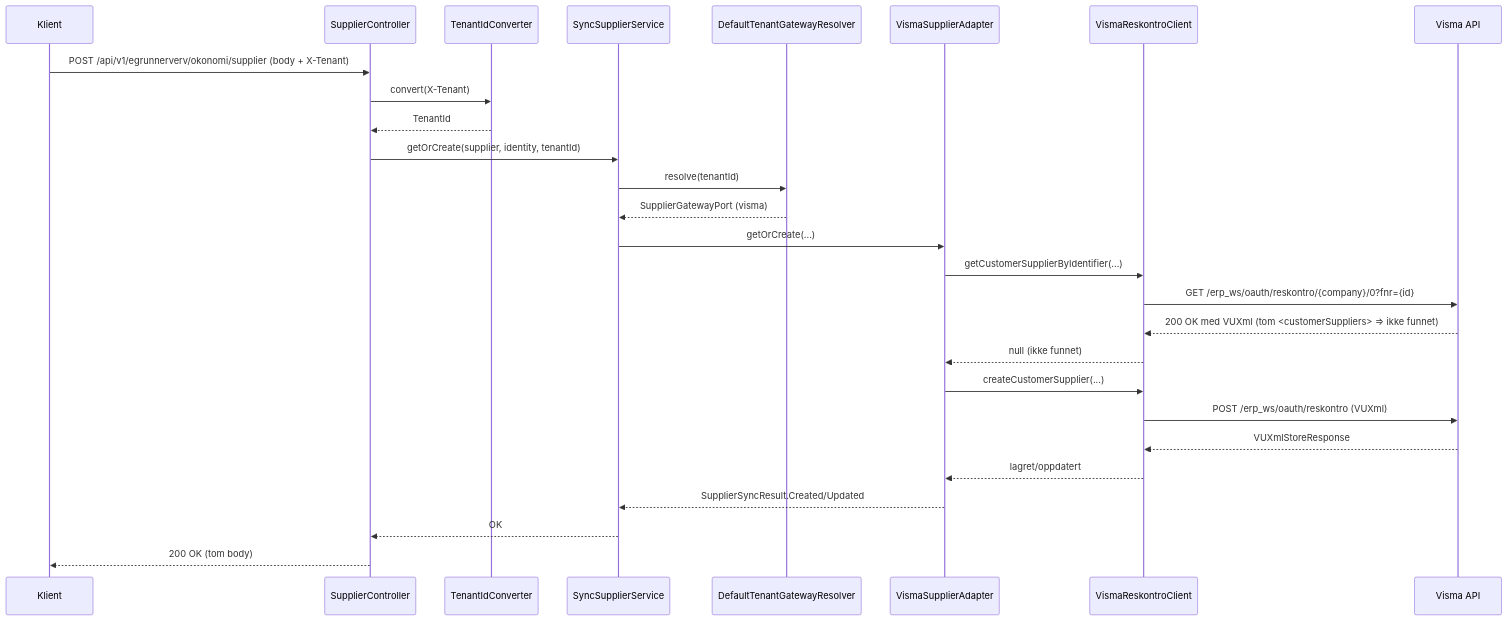
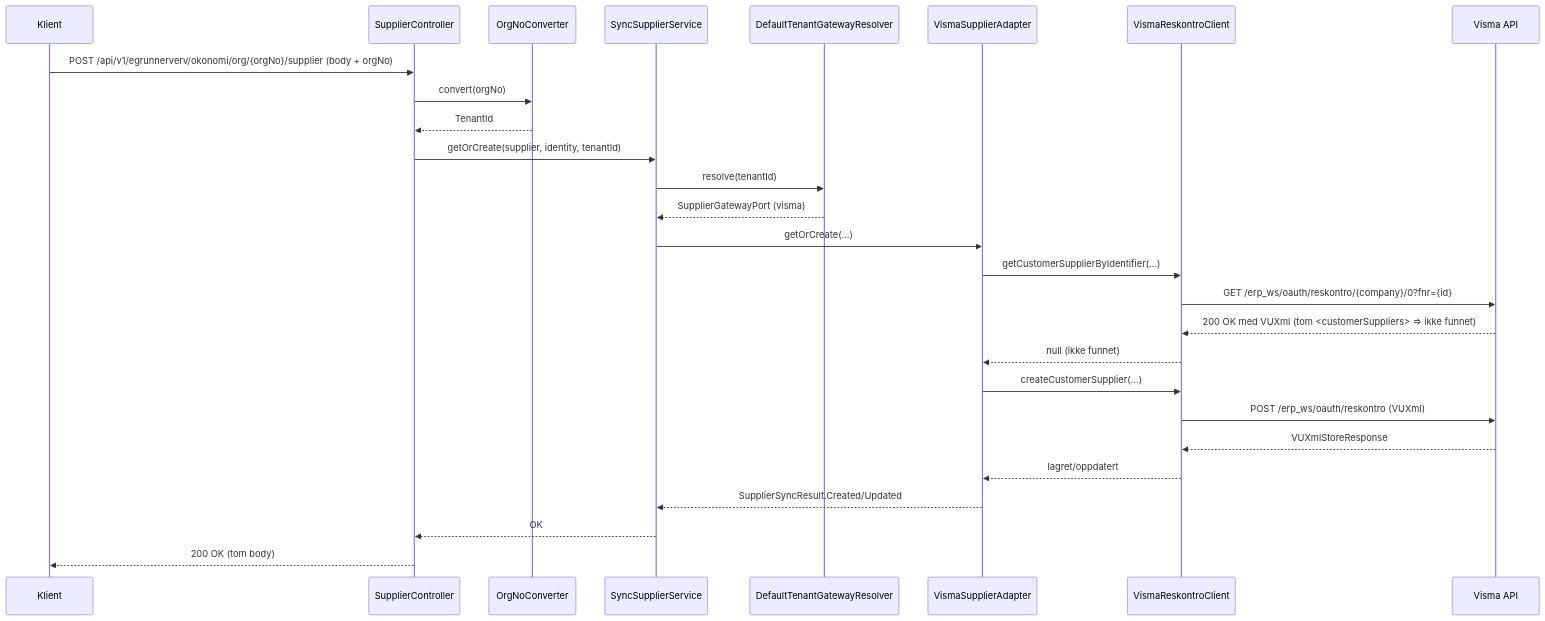
The second of 2 diagrams in ARCHITECTURE.md (FINTLabs/fint-flyt-egrunnerverv-okonomi), drawn with Mermaid before and after one commit. The commit also changed other lines of this file and 16 other files, not shown here.

````diff
--- a/ARCHITECTURE.md
+++ b/ARCHITECTURE.md
@@ -41,30 +41,30 @@
 ```mermaid
 sequenceDiagram
     participant K as Klient
     participant C as SupplierController
-    participant T as TenantIdConverter
+    participant O as OrgNoConverter
     participant S as SyncSupplierService
     participant R as DefaultTenantGatewayResolver
     participant A as VismaSupplierAdapter
     participant V as VismaReskontroClient
     participant X as Visma API
 
-    K->>C: POST /api/v1/egrunnerverv/okonomi/supplier (body + X-Tenant)
-    C->>T: convert(X-Tenant)
-    T-->>C: TenantId
+    K->>C: POST /api/v1/egrunnerverv/okonomi/org/{orgNo}/supplier (body + orgNo)
+    C->>O: convert(orgNo)
+    O-->>C: TenantId
     C->>S: getOrCreate(supplier, identity, tenantId)
     S->>R: resolve(tenantId)
     R-->>S: SupplierGatewayPort (visma)
     S->>A: getOrCreate(...)
     A->>V: getCustomerSupplierByIdentifier(...)
     V->>X: GET /erp_ws/oauth/reskontro/{company}/0?fnr={id}
     X-->>V: 200 OK med VUXml (tom <customerSuppliers> => ikke funnet)
     V-->>A: null (ikke funnet)
     A->>V: createCustomerSupplier(...)
     V->>X: POST /erp_ws/oauth/reskontro (VUXml)
     X-->>V: VUXmlStoreResponse
     V-->>A: lagret/oppdatert
     A-->>S: SupplierSyncResult.Created/Updated
     S-->>C: OK
     C-->>K: 200 OK (tom body)
 ```
````
